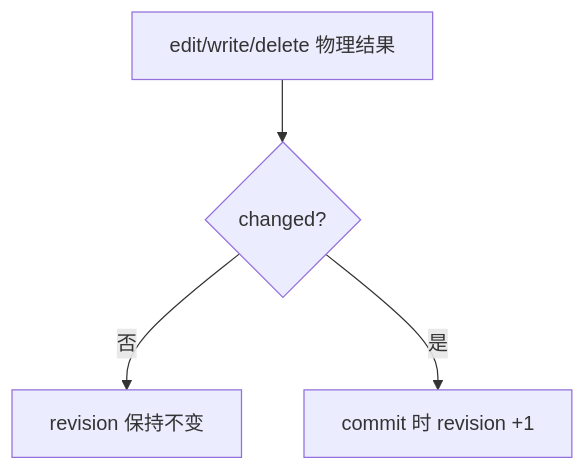
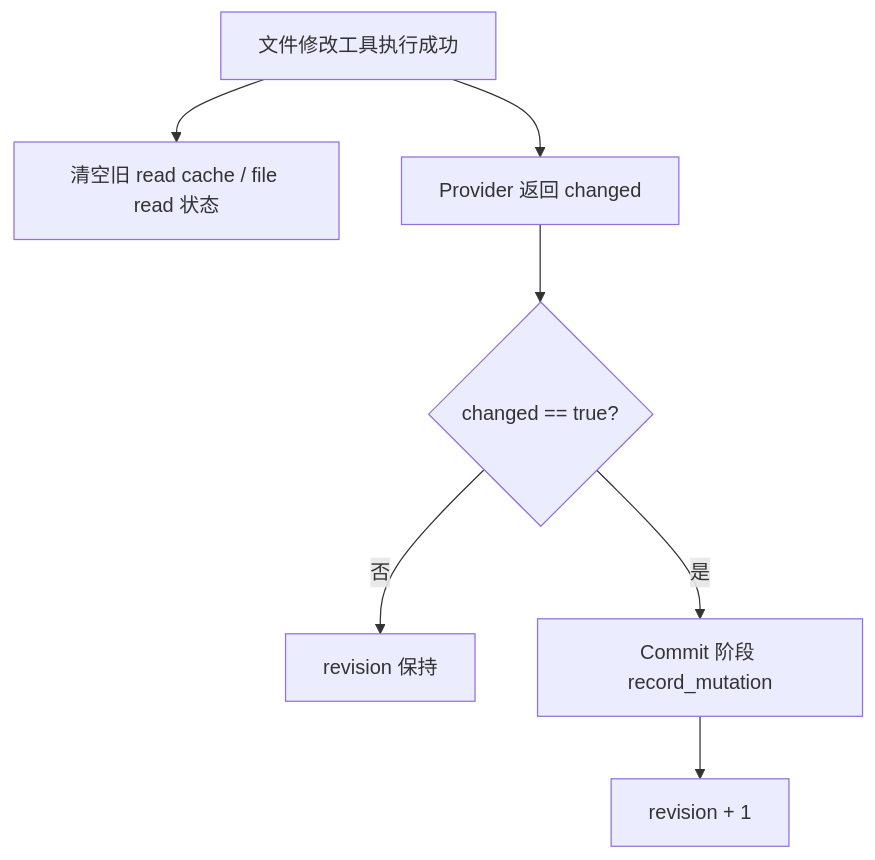
One commit to Arthur999459up/GitAgent changed the fifth of 11 diagrams in docs/07-coding-workspace-and-verification.md. Above: the diagram before and after it, drawn with Mermaid. The commit also changed other lines of this file and 3 other files, not shown here.

````diff
--- a/docs/07-coding-workspace-and-verification.md
+++ b/docs/07-coding-workspace-and-verification.md
@@ -121,6 +197,9 @@
 ```mermaid
 flowchart TD
-    E[edit/write/delete 物理结果] --> C{changed?}
-    C -->|否| K[revision 保持不变]
-    C -->|是| R[commit 时 revision +1]
+    A[文件修改工具执行成功] --> B[清空旧 read cache / file read 状态]
+    A --> C[Provider 返回 changed]
+    C --> D{changed == true?}
+    D -->|否| E[revision 保持]
+    D -->|是| F[Commit 阶段 record_mutation]
+    F --> G[revision + 1]
 ```
````
